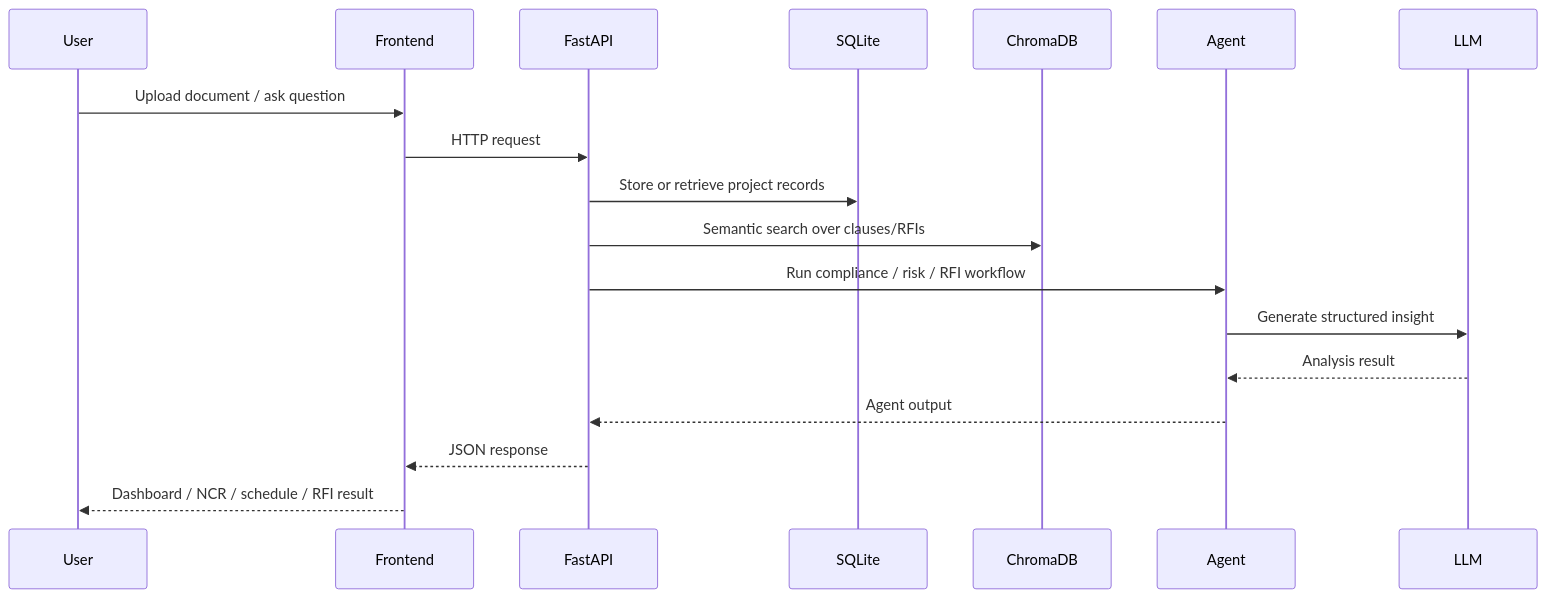
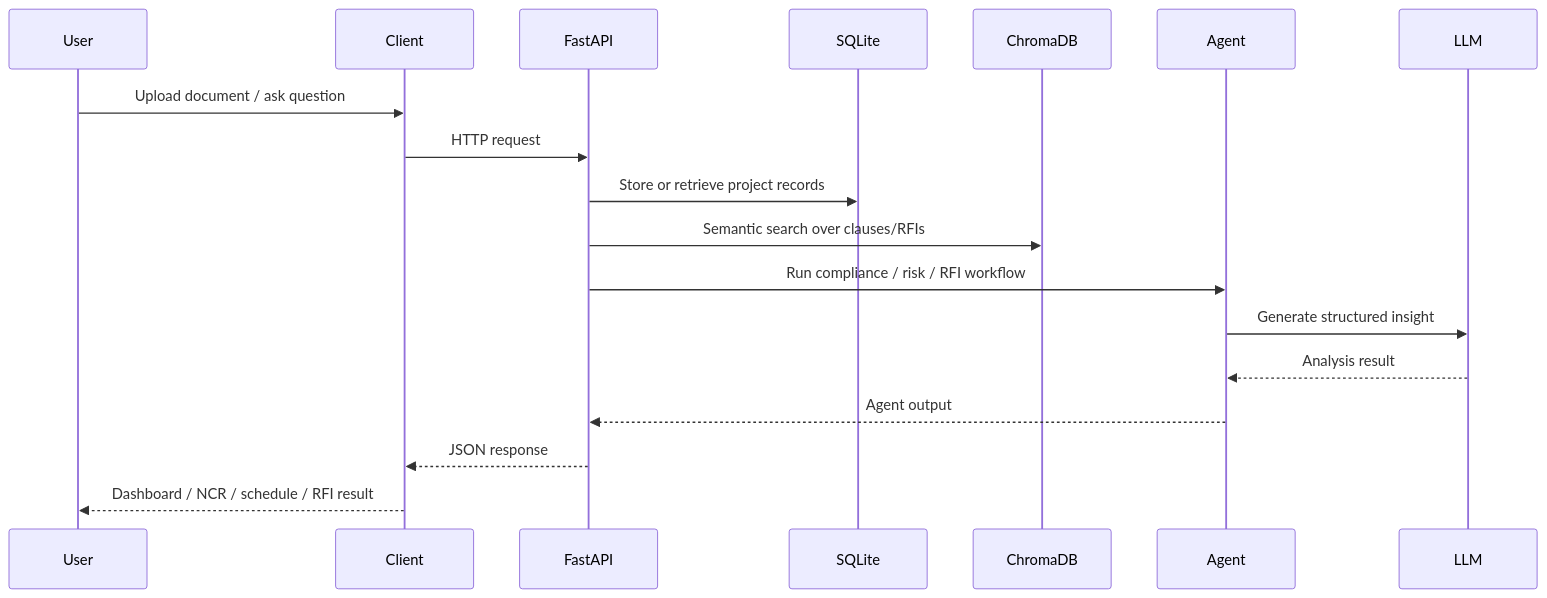
The second of 12 diagrams in overview.md (mangeshwagh91/ET_hackathon_v2), drawn with Mermaid before and after one commit. The commit also changed other lines of this file and 59 other files, not shown here.

````diff
--- a/overview.md
+++ b/overview.md
@@ -269,21 +269,21 @@
 ```mermaid
 sequenceDiagram
     participant User as User
-    participant FE as Frontend
+    participant FE as Client
     participant API as FastAPI
     participant DB as SQLite
     participant VDB as ChromaDB
     participant Agent as Agent
     participant LLM as LLM
 
     User->>FE: Upload document / ask question
     FE->>API: HTTP request
     API->>DB: Store or retrieve project records
     API->>VDB: Semantic search over clauses/RFIs
     API->>Agent: Run compliance / risk / RFI workflow
     Agent->>LLM: Generate structured insight
     LLM-->>Agent: Analysis result
     Agent-->>API: Agent output
     API-->>FE: JSON response
     FE-->>User: Dashboard / NCR / schedule / RFI result
 ```
````
